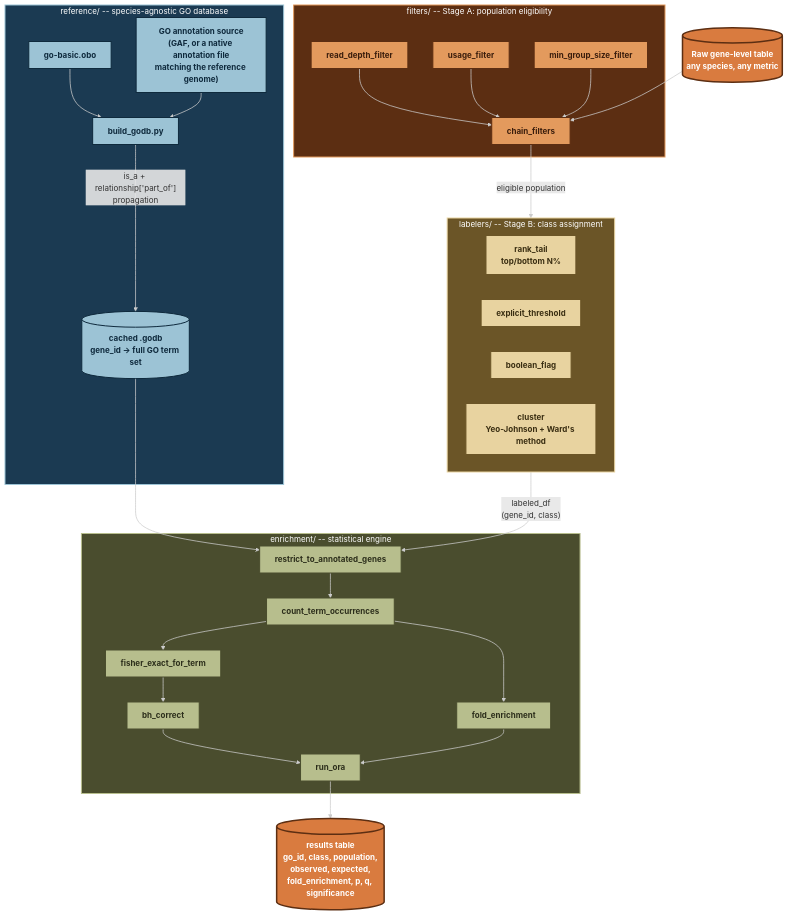
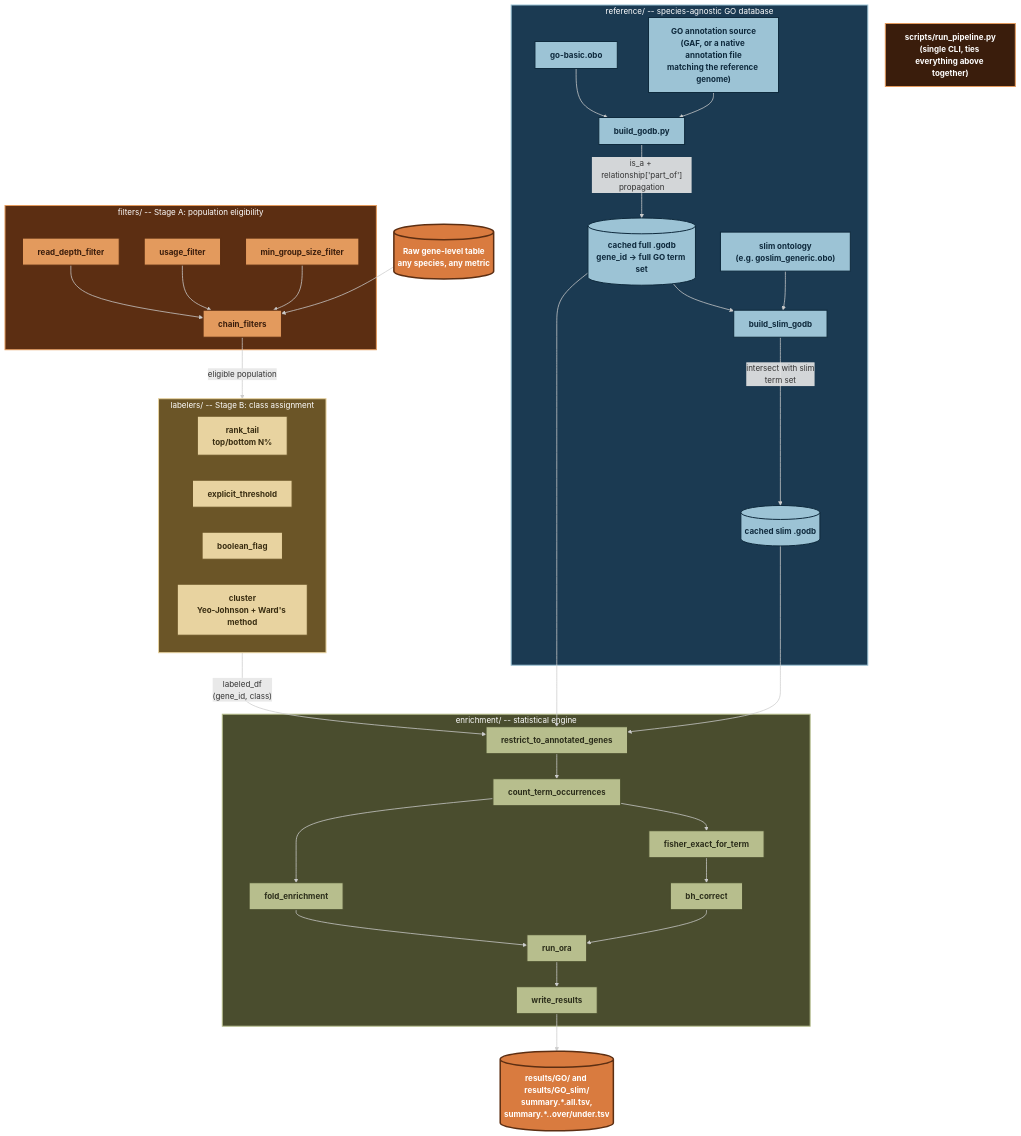
One commit to ih-11/go-gsea changed the diagram in README.md. Above: the diagram before and after it, drawn with Mermaid. The commit also changed other lines of this file and 1 other file, not shown here.

````diff
--- a/README.md
+++ b/README.md
@@ -207,62 +224,70 @@
 ```mermaid
 flowchart TD
     subgraph REF["reference/ -- species-agnostic GO database"]
         A1[go-basic.obo] --> B1[build_godb.py]
         A2["GO annotation source<br/>(GAF, or a native annotation file<br/>matching the reference genome)"] --> B1
-        B1 -->|"is_a + relationship['part_of']<br/>propagation"| C1[("cached .godb<br/>gene_id -> full GO term set")]
+        B1 -->|"is_a + relationship['part_of']<br/>propagation"| C1[("cached full .godb<br/>gene_id -> full GO term set")]
+        A3["slim ontology<br/>(e.g. goslim_generic.obo)"] --> B2[build_slim_godb]
+        C1 --> B2
+        B2 -->|"intersect with slim<br/>term set"| C2[("cached slim .godb")]
     end
 
     subgraph FILT["filters/ -- Stage A: population eligibility"]
         D1[read_depth_filter]
         D2[usage_filter]
         D3[min_group_size_filter]
         D1 --> D4[chain_filters]
         D2 --> D4
         D3 --> D4
     end
 
     subgraph LAB["labelers/ -- Stage B: class assignment"]
         E1["rank_tail<br/>top/bottom N%"]
         E2[explicit_threshold]
         E3[boolean_flag]
         E4["cluster<br/>Yeo-Johnson + Ward's method"]
     end
 
     subgraph ORA["enrichment/ -- statistical engine"]
         F1[restrict_to_annotated_genes]
         F2[count_term_occurrences]
         F3[fisher_exact_for_term]
         F4[fold_enrichment]
         F5[bh_correct]
         F1 --> F2 --> F3
         F2 --> F4
         F3 --> F5
         F5 --> F6[run_ora]
         F4 --> F6
+        F6 --> F7[write_results]
     end
 
     G[("Raw gene-level table<br/>any species, any metric")] --> D4
     D4 -->|eligible population| LAB
     LAB -->|"labeled_df<br/>(gene_id, class)"| F1
     C1 --> F1
-    F6 --> H[("results table<br/>go_id, class, population,<br/>observed, expected,<br/>fold_enrichment, p, q, significance")]
+    C2 --> F1
+    F7 --> H[("results/GO/ and results/GO_slim/<br/>summary.*.all.tsv,<br/>summary.*.<class>.over/under.tsv")]
+    S["scripts/run_pipeline.py<br/>(single CLI, ties everything above together)"]
 
     classDef refNode fill:#9CC3D5,stroke:#0F2A3D,stroke-width:2px,color:#0F2A3D,font-weight:bold;
     classDef filtNode fill:#E39A5D,stroke:#5C2E12,stroke-width:2px,color:#3A1D0C,font-weight:bold;
     classDef labNode fill:#E8D3A0,stroke:#6B5527,stroke-width:2px,color:#3A2E12,font-weight:bold;
     classDef oraNode fill:#B7BE8D,stroke:#4A4D2E,stroke-width:2px,color:#2C2E1B,font-weight:bold;
     classDef dataNode fill:#D97B3F,stroke:#5C2E12,stroke-width:3px,color:#FFFFFF,font-weight:bold;
+    classDef cliNode fill:#3A1D0C,stroke:#E39A5D,stroke-width:2px,color:#FFFFFF,font-weight:bold;
 
-    class A1,A2,B1,C1 refNode;
+    class A1,A2,A3,B1,B2,C1,C2 refNode;
     class D1,D2,D3,D4 filtNode;
     class E1,E2,E3,E4 labNode;
-    class F1,F2,F3,F4,F5,F6 oraNode;
+    class F1,F2,F3,F4,F5,F6,F7 oraNode;
     class G,H dataNode;
+    class S cliNode;
 
     style REF fill:#1B3A52,stroke:#9CC3D5,stroke-width:2px,color:#FFFFFF;
     style FILT fill:#5C2E12,stroke:#E39A5D,stroke-width:2px,color:#FFFFFF;
     style LAB fill:#6B5527,stroke:#E8D3A0,stroke-width:2px,color:#FFFFFF;
     style ORA fill:#4A4D2E,stroke:#B7BE8D,stroke-width:2px,color:#FFFFFF;
 
     linkStyle default stroke:#CCCCCC,stroke-width:1.5px;
 ```
````
